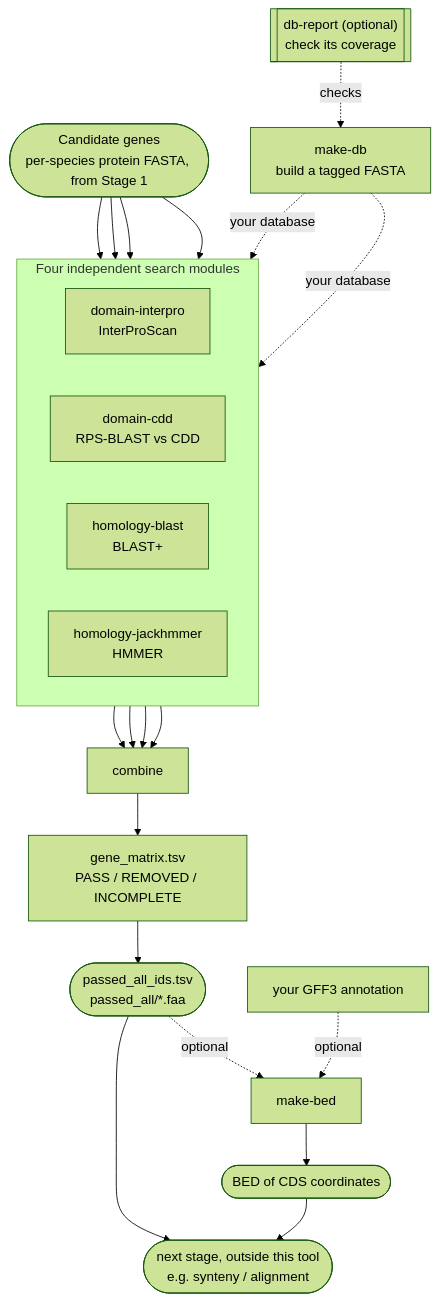
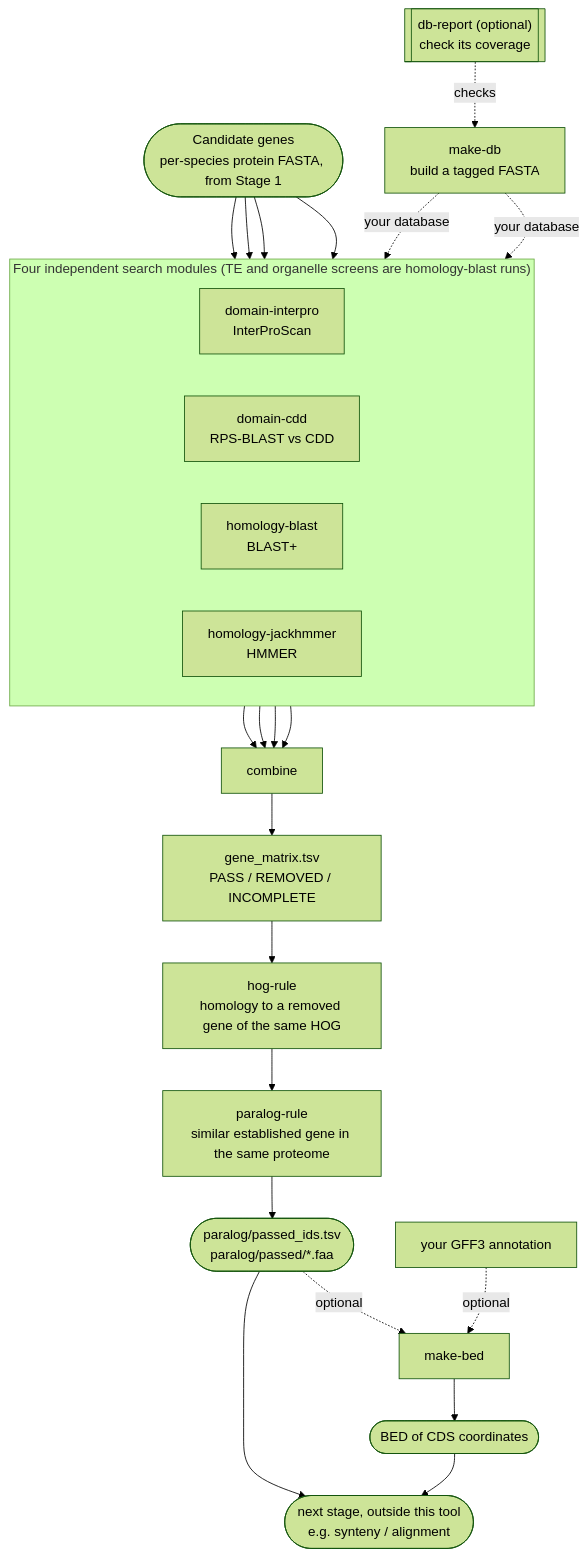
The diagram in 2_homolog_exclusion/README.md (CasolaLab/LINGUA), drawn with Mermaid (forest theme) before and after one commit. The commit also changed other lines of this file and 7 other files, not shown here.

First line of the commit message:
Stage 2 0.3.4: run_stage2.sh runs the whole stage, HOG and paralog rules included

````diff
--- a/2_homolog_exclusion/README.md
+++ b/2_homolog_exclusion/README.md
@@ -37,39 +37,43 @@
 ```mermaid
 flowchart TD
     CAND(["Candidate genes
 per-species protein FASTA, from Stage 1"])
 
     CAND --> DI & DC & HB & HJ
 
-    subgraph SEARCH[" Four independent search modules "]
+    subgraph SEARCH[" Four independent search modules (TE and organelle screens are homology-blast runs) "]
         direction LR
         DI["domain-interpro
 InterProScan"]
         DC["domain-cdd
 RPS-BLAST vs CDD"]
         HB["homology-blast
 BLAST+"]
         HJ["homology-jackhmmer
 HMMER"]
     end
 
     MDB["make-db
 build a tagged FASTA"] -.->|your database| HB
     MDB -.->|your database| HJ
     DBR[["db-report (optional)
 check its coverage"]] -.->|checks| MDB
 
     DI & DC & HB & HJ --> CMB["combine"]
     CMB --> VERDICT["gene_matrix.tsv
 PASS / REMOVED / INCOMPLETE"]
-    VERDICT --> PASS(["passed_all_ids.tsv
-passed_all/*.faa"])
+    VERDICT --> HR["hog-rule
+homology to a removed gene of the same HOG"]
+    HR --> PR["paralog-rule
+similar established gene in the same proteome"]
+    PR --> PASS(["paralog/passed_ids.tsv
+paralog/passed/*.faa"])
 
     PASS -.->|optional| MB["make-bed"]
     GFF["your GFF3 annotation"] -.->|optional| MB
     MB --> BED(["BED of CDS coordinates"])
 
     PASS --> NEXT(["next stage, outside this tool
 e.g. synteny / alignment"])
     BED --> NEXT
 ```
````
